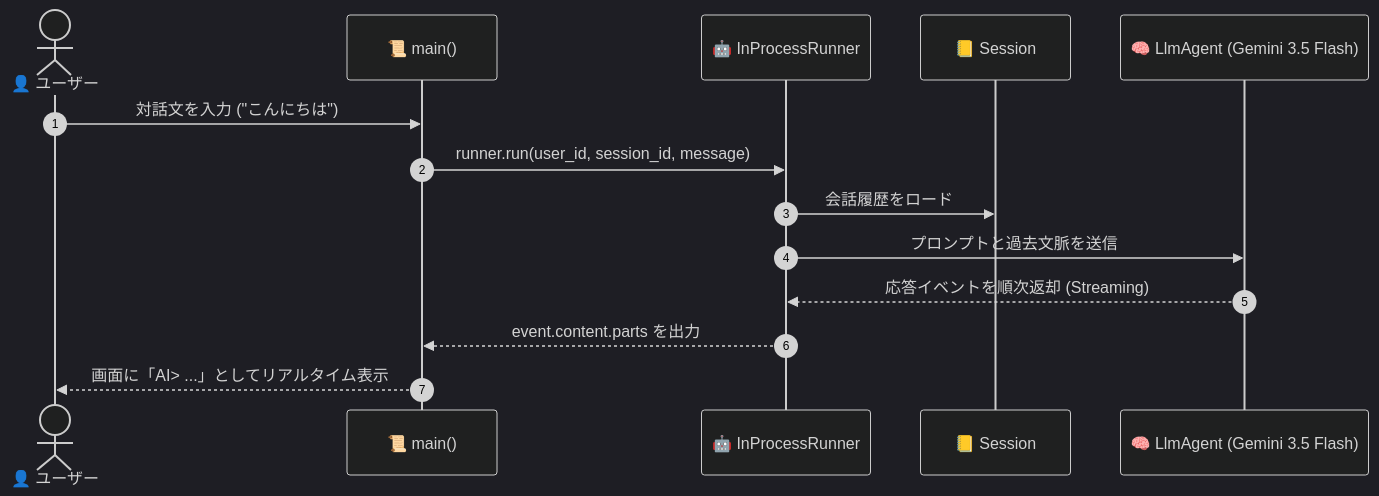
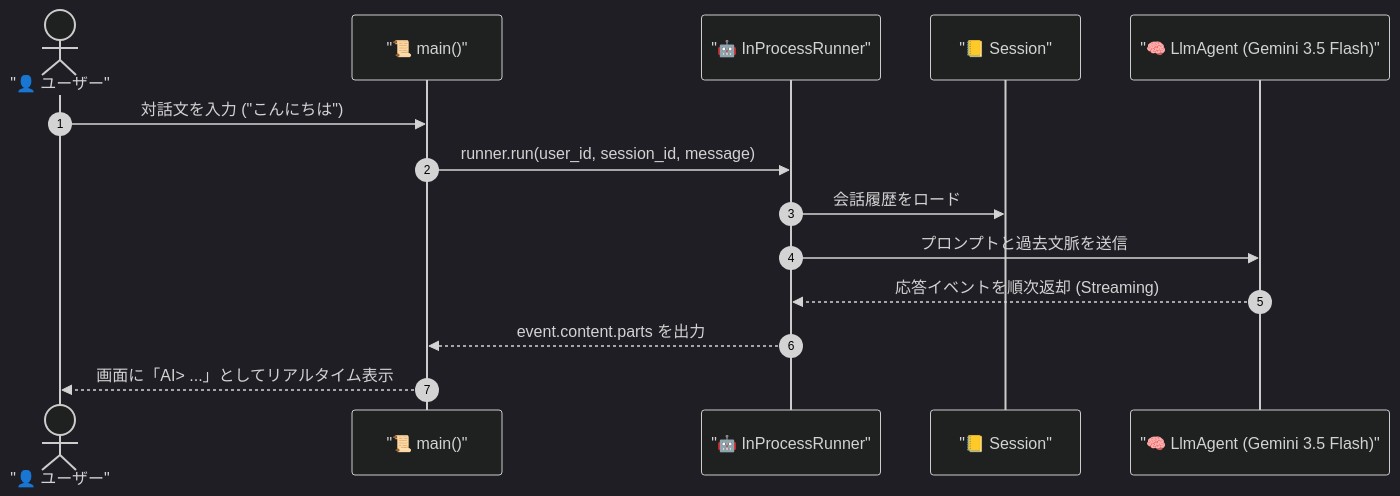
Before and after one commit to masatokg/multi-agent-ai-course-template: the diagram in chapter01/ソースコード解説.md, drawn with Mermaid (dark theme). The commit also changed 6 other files, not shown here.

Commit message:
Fix Mermaid diagram syntax in all ソースコード解説.md files for accurate rendering

````diff
--- a/chapter01/ソースコード解説.md
+++ b/chapter01/ソースコード解説.md
@@ -17,17 +17,17 @@
 ```mermaid
 sequenceDiagram
     autonumber
-    actor User as 👤 ユーザー
-    participant Main as 📜 main()
-    participant Runner as 🤖 InProcessRunner
-    participant Session as 📒 Session
-    participant Agent as 🧠 LlmAgent (Gemini 3.5 Flash)
+    actor User as "👤 ユーザー"
+    participant Main as "📜 main()"
+    participant Runner as "🤖 InProcessRunner"
+    participant Session as "📒 Session"
+    participant Agent as "🧠 LlmAgent (Gemini 3.5 Flash)"
 
     User->>Main: 対話文を入力 ("こんにちは")
     Main->>Runner: runner.run(user_id, session_id, message)
     Runner->>Session: 会話履歴をロード
     Runner->>Agent: プロンプトと過去文脈を送信
     Agent-->>Runner: 応答イベントを順次返却 (Streaming)
     Runner-->>Main: event.content.parts を出力
     Main-->>User: 画面に「AI> ...」としてリアルタイム表示
 ```
````
